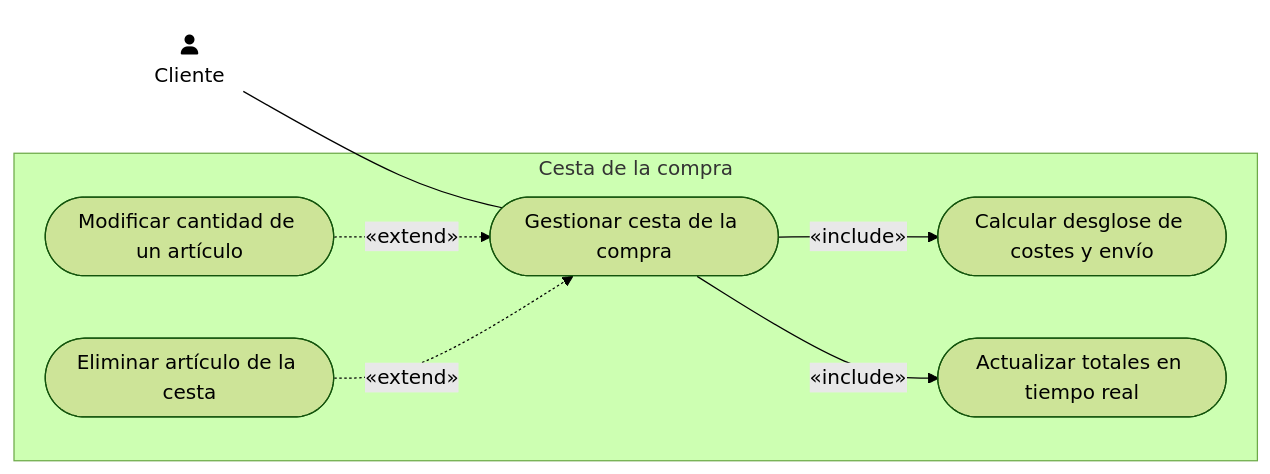
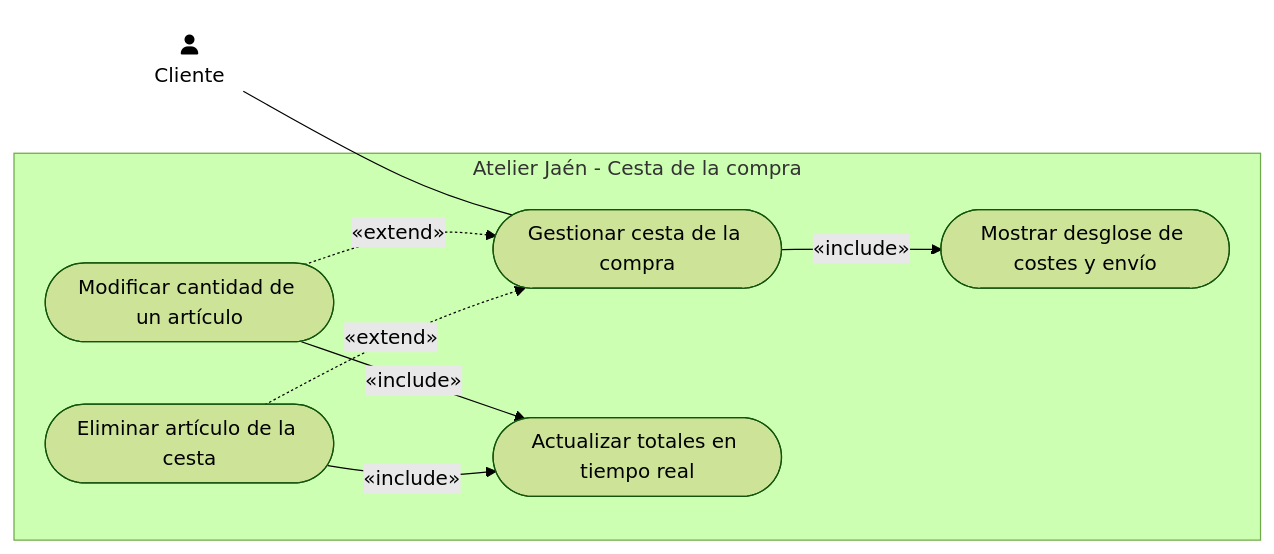
One commit to ajgarciarias10/PR3GPS changed the diagram in Practica3_G11_LaTeX/codigo/cu_us03.mmd. Above: the diagram before and after it, drawn with Mermaid (forest theme). The commit also changed 42 other files, not shown here.

```diff
--- a/Practica3_G11_LaTeX/codigo/cu_us03.mmd
+++ b/Practica3_G11_LaTeX/codigo/cu_us03.mmd
@@ -1,15 +1,21 @@
 flowchart LR
-    subgraph SB3 ["Cesta de la compra"]
+    Cliente("fa:fa-user<br>Cliente")
+
+    subgraph SB3 ["Atelier Jaén - Cesta de la compra"]
         GestionarCesta([Gestionar cesta de la compra])
-        CalcularDesglose([Calcular desglose de costes y envío])
-        ActualizarTotales([Actualizar totales en tiempo real])
+        MostrarDesglose([Mostrar desglose de costes y envío])
         ModificarCantidad([Modificar cantidad de un artículo])
         EliminarArticulo([Eliminar artículo de la cesta])
+        ActualizarTotales([Actualizar totales en tiempo real])
     end
-    Cliente("fa:fa-user<br>Cliente") --- GestionarCesta
-    GestionarCesta -->|«include»| CalcularDesglose
-    GestionarCesta -->|«include»| ActualizarTotales
+
+    Cliente --- GestionarCesta
+
+    GestionarCesta -->|«include»| MostrarDesglose
     ModificarCantidad -.->|«extend»| GestionarCesta
     EliminarArticulo -.->|«extend»| GestionarCesta
+    ModificarCantidad -->|«include»| ActualizarTotales
+    EliminarArticulo -->|«include»| ActualizarTotales
+
     classDef actor fill:none,stroke:none;
     class Cliente actor;
```
